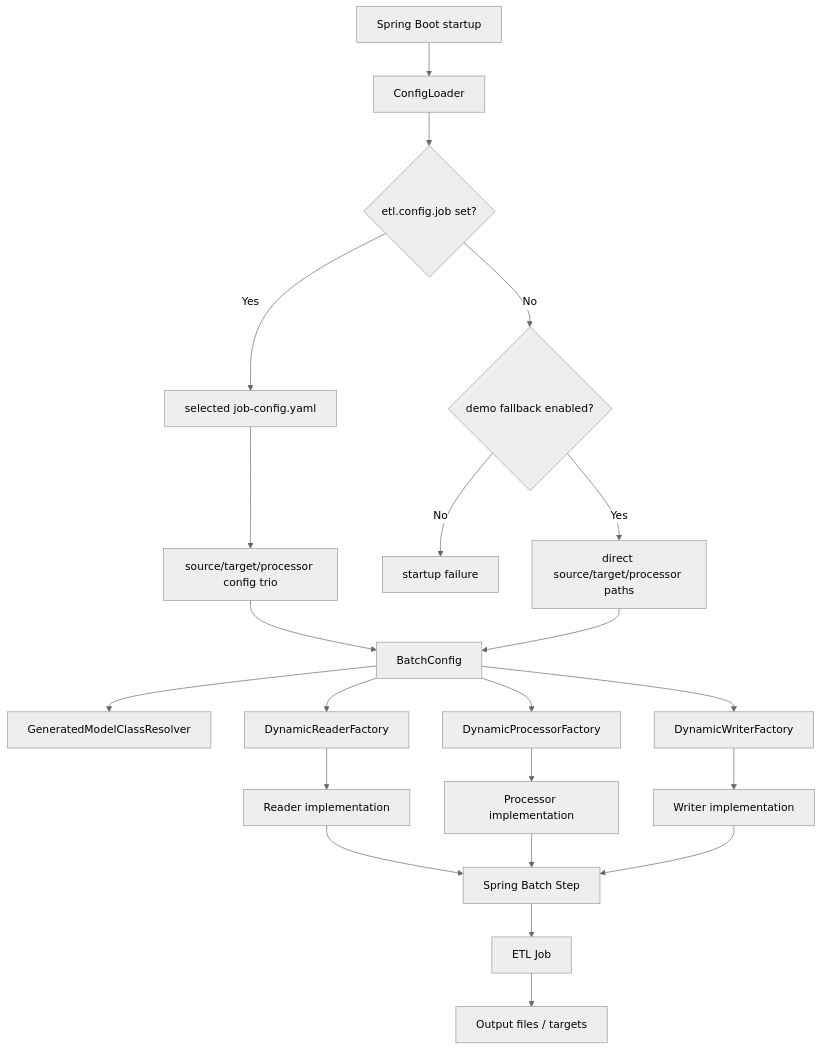
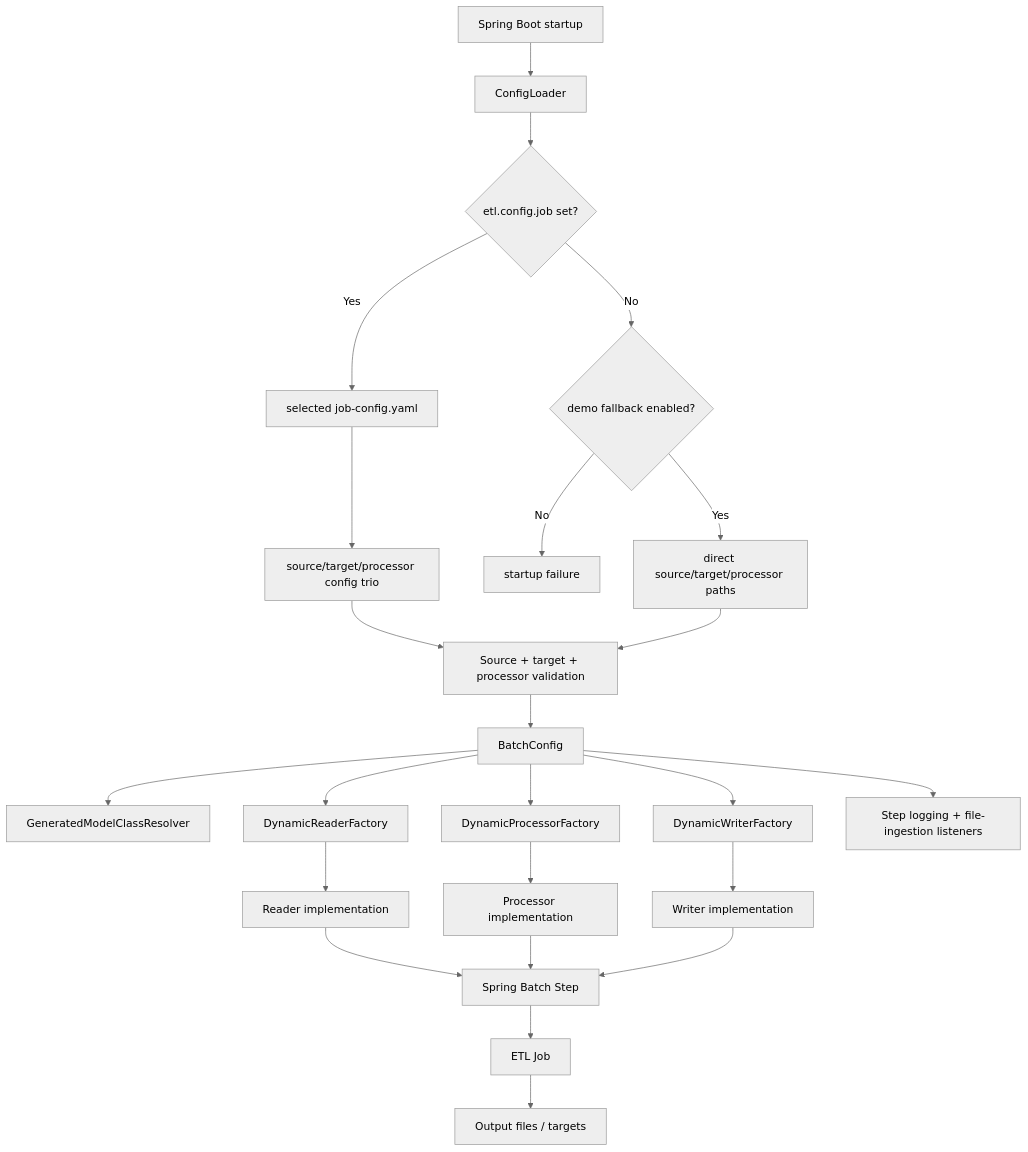
Before and after one commit to kbalanandam/spring-etl-engine: the diagram in docs/architecture/overview.md, drawn with Mermaid (neutral theme). The commit also changed other lines of this file and 146 other files, not shown here.

````diff
--- a/docs/architecture/overview.md
+++ b/docs/architecture/overview.md
@@ -20,29 +30,32 @@
 ```mermaid
 flowchart TD
     A[Spring Boot startup] --> B[ConfigLoader]
     B --> C{etl.config.job set?}
     C -- Yes --> D[selected job-config.yaml]
     D --> E[source/target/processor config trio]
     C -- No --> F{demo fallback enabled?}
     F -- No --> S[startup failure]
     F -- Yes --> H[direct source/target/processor paths]
 
-    E --> G[BatchConfig]
-    H --> G
+    E --> V[Source + target + processor validation]
+    H --> V
+
+    V --> G[BatchConfig]
 
     G --> I[GeneratedModelClassResolver]
     G --> J[DynamicReaderFactory]
     G --> K[DynamicProcessorFactory]
     G --> L[DynamicWriterFactory]
+    G --> W[Step logging + file-ingestion listeners]
 
     J --> M[Reader implementation]
     K --> N[Processor implementation]
     L --> O[Writer implementation]
 
     M --> P[Spring Batch Step]
     N --> P
     O --> P
 
     P --> Q[ETL Job]
     Q --> R[Output files / targets]
 ```
````
